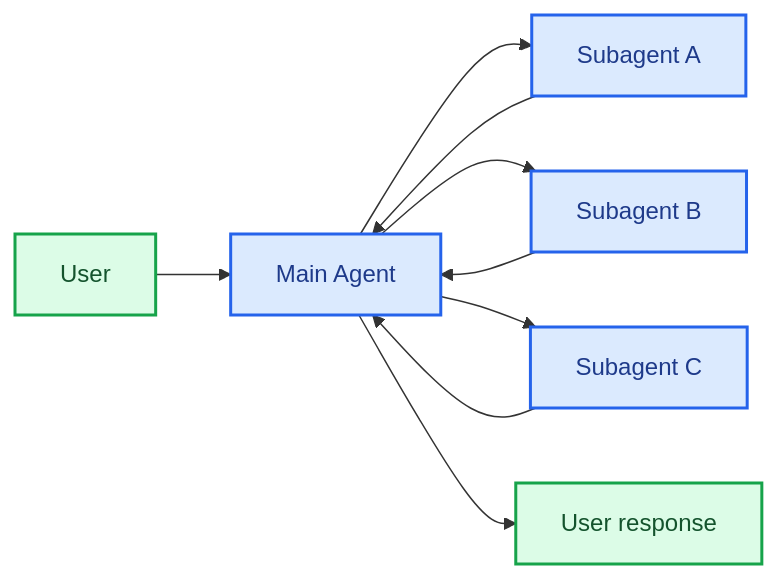
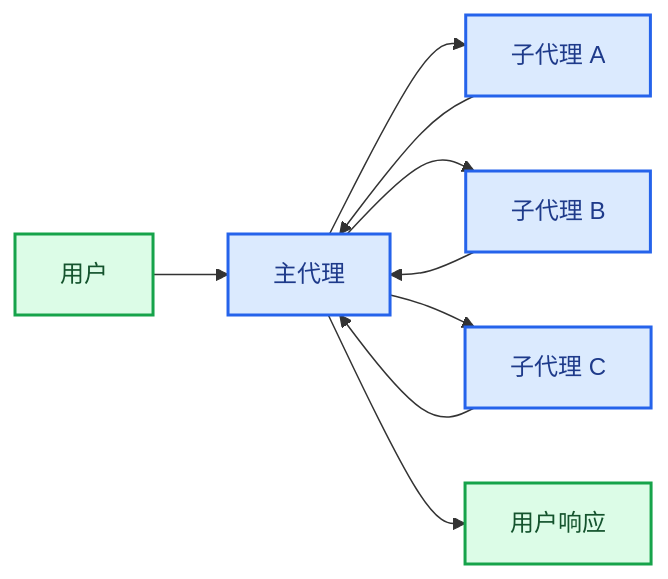
Before and after one commit to kunfan96/cndocs-langchain: the fourth of 5 diagrams in oss/python/langchain/multi-agent/subagents.mdx, drawn with Mermaid. The commit also changed other lines of this file and 1030 other files, not shown here.

````diff
--- a/oss/python/langchain/multi-agent/subagents.mdx
+++ b/oss/python/langchain/multi-agent/subagents.mdx
@@ -185,17 +185,17 @@
 ```mermaid
 graph LR
-    A[User] --> B[Main Agent]
-    B --> C[Subagent A]
-    B --> D[Subagent B]
-    B --> E[Subagent C]
+    A[用户] --> B[主代理]
+    B --> C[子代理 A]
+    B --> D[子代理 B]
+    B --> E[子代理 C]
     C --> B
     D --> B
     E --> B
-    B --> F[User response]
+    B --> F[用户响应]
 
     classDef trigger fill:#DCFCE7,stroke:#16A34A,stroke-width:2px,color:#14532D
     classDef process fill:#DBEAFE,stroke:#2563EB,stroke-width:2px,color:#1E3A8A
 
     class A,F trigger
     class B,C,D,E process
 ```
````
